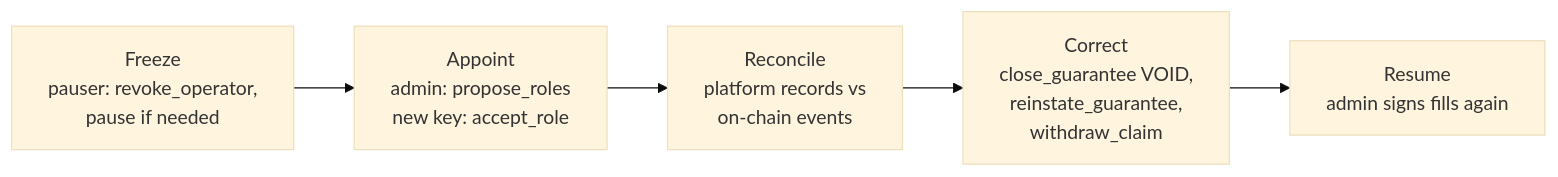
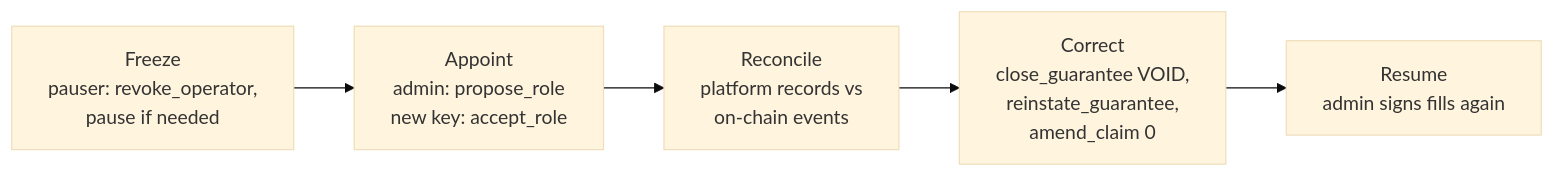
One commit to mutav-finance/mutav-protocol-solana changed the second of 2 diagrams in docs/technical-resources/deployment-and-operations.md. Above: the diagram before and after it, drawn with Mermaid (base theme). The commit also changed other lines of this file and 41 other files, not shown here.

````diff
--- a/docs/technical-resources/deployment-and-operations.md
+++ b/docs/technical-resources/deployment-and-operations.md
@@ -156,7 +157,7 @@
 ```mermaid
 flowchart LR
-  F[Freeze<br/>pauser: revoke_operator,<br/>pause if needed] --> A[Appoint<br/>admin: propose_roles<br/>new key: accept_role]
+  F[Freeze<br/>pauser: revoke_operator,<br/>pause if needed] --> A[Appoint<br/>admin: propose_role<br/>new key: accept_role]
   A --> R[Reconcile<br/>platform records vs<br/>on-chain events]
-  R --> C[Correct<br/>close_guarantee VOID,<br/>reinstate_guarantee,<br/>withdraw_claim]
+  R --> C[Correct<br/>close_guarantee VOID,<br/>reinstate_guarantee,<br/>amend_claim 0]
   C --> L[Resume<br/>admin signs fills again]
 ```
````
